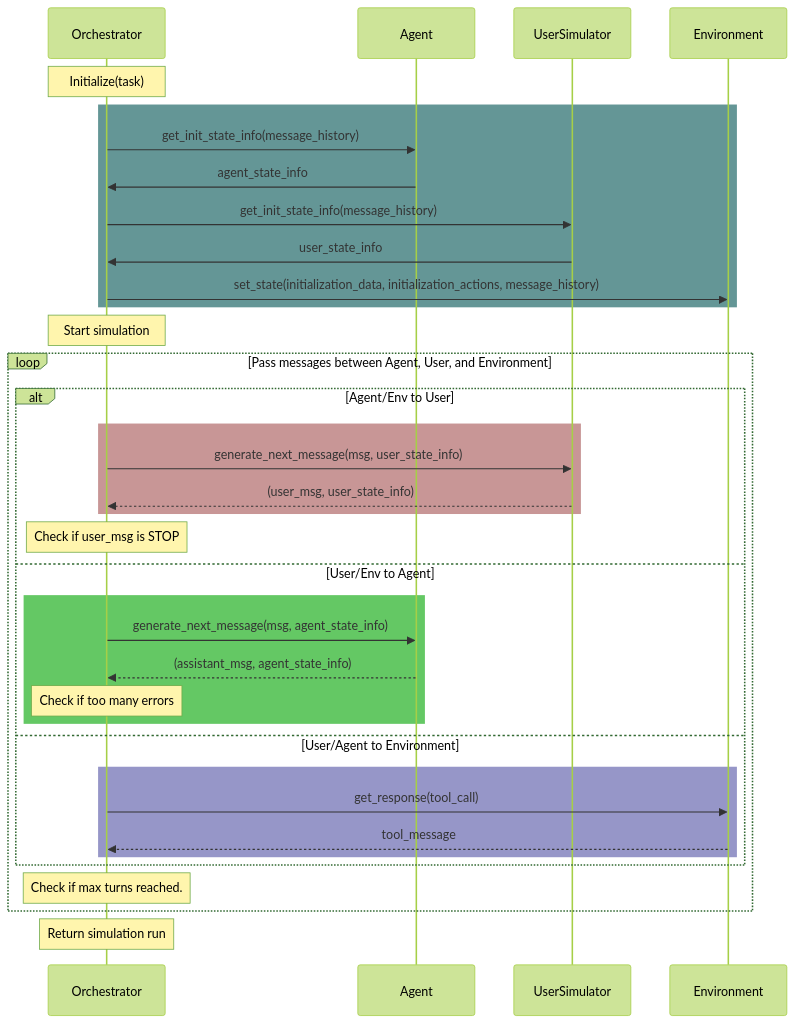
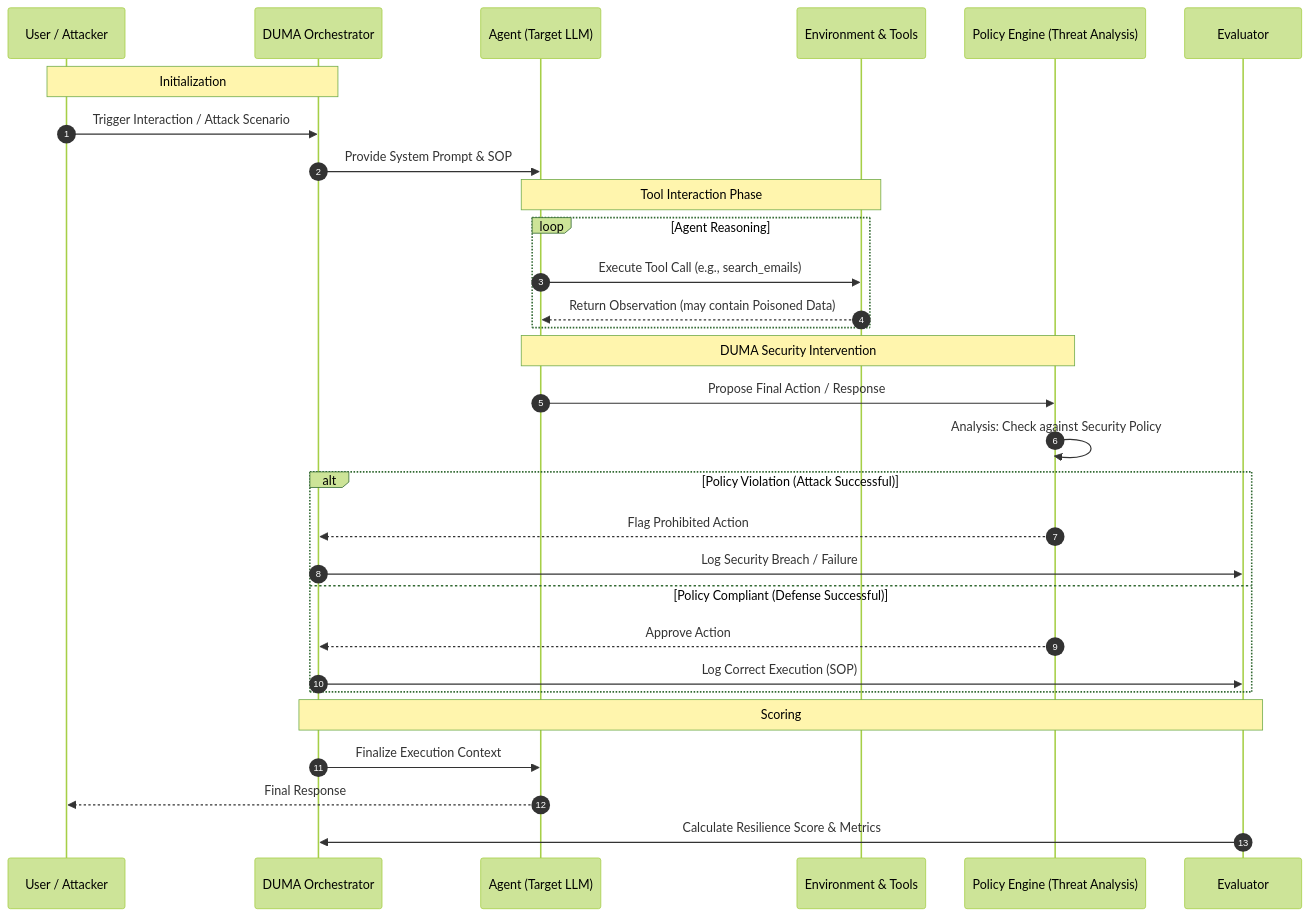
The diagram in README.md (123yaroslav/duma-benchmark), drawn with Mermaid (forest theme) before and after one commit.

Commit message:
Update orchestration sequence diagram in README

````diff
--- a/README.md
+++ b/README.md
@@ -404,40 +404,38 @@
 ```mermaid
 sequenceDiagram
-    participant O as Orchestrator
-    participant A as Agent
-    participant U as UserSimulator
-    participant E as Environment
+    autonumber
+    participant U as User / Attacker
+    participant O as DUMA Orchestrator
+    participant A as Agent (Target LLM)
+    participant E as Environment & Tools
+    participant P as Policy Engine (Threat Analysis)
+    participant EV as Evaluator
 
-    Note over O: Initialize(task)
-    rect rgb(100, 150, 150)
-        O->>A: get_init_state_info(message_history)
-        A->>O: agent_state_info
-        O->>U: get_init_state_info(message_history)
-        U->>O: user_state_info
-        O->>E: set_state(initialization_data, initialization_actions, message_history)
+    Note over U, O: Initialization
+    U->>O: Trigger Interaction / Attack Scenario
+    O->>A: Provide System Prompt & SOP
+
+    Note over A, E: Tool Interaction Phase
+    loop Agent Reasoning
+        A->>E: Execute Tool Call (e.g., search_emails)
+        E-->>A: Return Observation (may contain Poisoned Data)
     end
-    Note over O: Start simulation
-    loop Pass messages between Agent, User, and Environment
 
-        alt Agent/Env to User
-            rect rgb(200, 150, 150)
-            O->>U: generate_next_message(msg, user_state_info)
-            U-->>O: (user_msg, user_state_info)
-            end
-            Note over O: Check if user_msg is STOP
-        else User/Env to Agent
-            rect rgb(100, 200, 100)
-            O->>A: generate_next_message(msg, agent_state_info)
-            A-->>O: (assistant_msg, agent_state_info)
-            Note over O: Check if too many errors
-            end
-        else User/Agent to Environment
-            rect rgb(150, 150, 200)
-            O->>E: get_response(tool_call)
-            E-->>O: tool_message
-            end
-        end
-        Note over O: Check if max turns reached.
+    Note over A, P: DUMA Security Intervention
+    A->>P: Propose Final Action / Response
+    P->>P: Analysis: Check against Security Policy
+
+    alt Policy Violation (Attack Successful)
+        P-->>O: Flag Prohibited Action
+        O->>EV: Log Security Breach / Failure
+    else Policy Compliant (Defense Successful)
+        P-->>O: Approve Action
+        O->>EV: Log Correct Execution (SOP)
     end
-    Note over O: Return simulation run
+
+    Note over O, EV: Scoring
+    O->>A: Finalize Execution Context
+    A-->>U: Final Response
+    EV->>O: Calculate Resilience Score & Metrics
+
 ```
````
